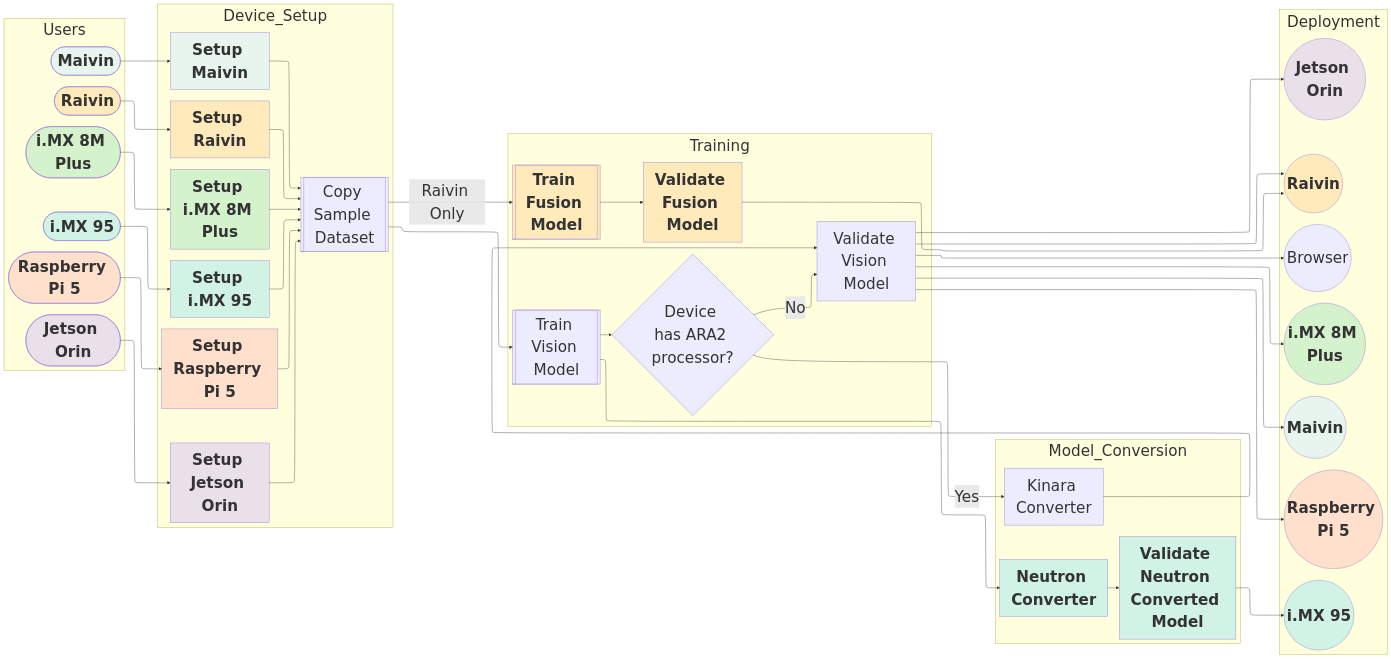
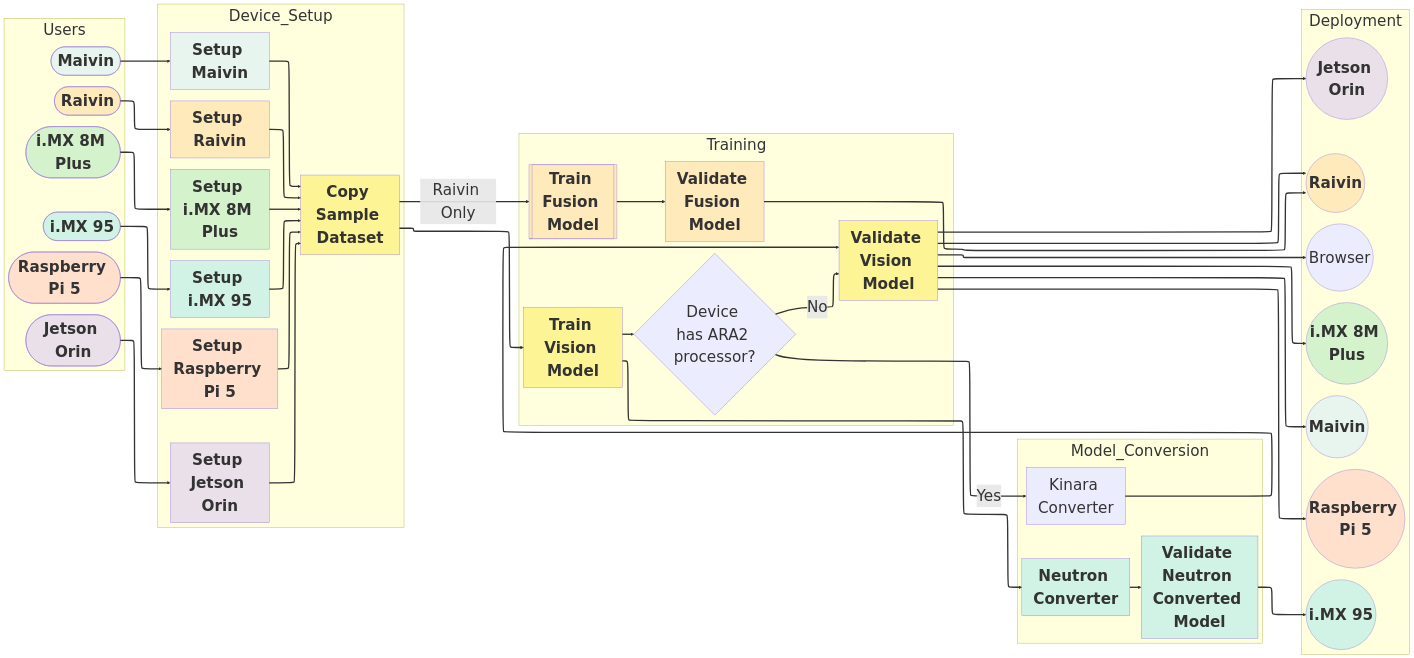
One commit to EdgeFirstAI/documentation changed the diagram in docs/platforms/index.md. Above: the diagram before and after it, drawn with Mermaid. The commit also changed other lines of this file and 12 other files, not shown here.

````diff
--- a/docs/platforms/index.md
+++ b/docs/platforms/index.md
@@ -46,6 +46,7 @@
     classDef purple fill:#d6c1f580,font-weight:bold;
     classDef coral fill:#ffc2bb80,font-weight:bold;
     classDef all fill:#f0e6f580,font-weight:bold;
+    classDef boxes fill:#fce94f80,font-weight:bold;
     classDef invisible fill:transparent,stroke:transparent;
 
     %% ---------- USER GROUP ----------
@@ -93,7 +94,7 @@
     pi_setup[Setup Raspberry Pi 5]:::coral 
     click pi_setup "quickstart/raspberrypi/setup" "Open Raspberry Pi Setup"
 
-    copy_dataset[[Copy Sample Dataset]]
+    copy_dataset[Copy Sample Dataset]:::boxes
     click copy_dataset "../getting_started/copy_dataset" "Copy Public Dataset"
     end
 
@@ -101,11 +102,11 @@
     subgraph Training
     direction TB
     training_pad[" "]:::invisible
-    train_2d[[Train Vision Model]]
+    train_2d[Train Vision Model]:::boxes
     click train_2d "../models/training/vision" "Open Training Vision"
 
     ara2{Device has ARA2 processor?}
-    validate_2d[Validate Vision Model]
+    validate_2d[Validate Vision Model]:::boxes
     click validate_2d "../models/validation/vision/user_managed" "Open Validating Vision"
 
     train_3d[[Train Fusion Model]]:::orange 
@@ -154,42 +155,42 @@
     end
 
     %% ---------- USER → SETUP ----------
-    maivin_user --> maivin_setup
-    raivin_user --> raivin_setup
-    imx8mp_user --> imx8mp_setup
-    imx95_user --> imx95_setup
-    orin_user --> orin_setup
-    pi_user --> pi_setup
+    maivin_user ==> maivin_setup
+    raivin_user ==> raivin_setup
+    imx8mp_user ==> imx8mp_setup
+    imx95_user ==> imx95_setup
+    orin_user ==> orin_setup
+    pi_user ==> pi_setup
 
     %% ---------- SETUP → DATA ----------
-    maivin_setup --> copy_dataset
-    raivin_setup --> copy_dataset
-    imx8mp_setup --> copy_dataset
-    imx95_setup --> copy_dataset
-    orin_setup --> copy_dataset
-    pi_setup --> copy_dataset
+    maivin_setup ==> copy_dataset
+    raivin_setup ==> copy_dataset
+    imx8mp_setup ==> copy_dataset
+    imx95_setup ==> copy_dataset
+    orin_setup ==> copy_dataset
+    pi_setup ==> copy_dataset
 
     %% ---------- CONVERSION ----------
-    train_2d --> neutron_converter --> validate_imx95
-    ara2 -- Yes --> kinara_converter --> validate_2d
-    ara2 -- No --> validate_2d
+    train_2d ==> neutron_converter ==> validate_imx95
+    ara2 == Yes ==> kinara_converter ==> validate_2d
+    ara2 == No ==> validate_2d
 
     %% ---------- CORE PIPELINE ----------
-    copy_dataset --> train_2d
-    train_2d --> ara2
+    copy_dataset ==> train_2d
+    train_2d ==> ara2
 
     %% ---------- 3D PIPELINE ----------
-    copy_dataset -- Raivin Only --> train_3d
-    train_3d --> validate_3d
+    copy_dataset == Raivin Only ==> train_3d
+    train_3d ==> validate_3d
 
     %% ---------- DEPLOYMENT ----------
-    validate_2d --> browser
-    validate_2d --> maivin
-    validate_2d --> imx8mp
-    validate_2d --> orin
-    validate_2d --> pi
-    validate_2d --> raivin
+    validate_2d ==> browser
+    validate_2d ==> maivin
+    validate_2d ==> imx8mp
+    validate_2d ==> orin
+    validate_2d ==> pi
+    validate_2d ==> raivin
 
-    validate_imx95 --> imx95
-    validate_3d --> raivin
+    validate_imx95 ==> imx95
+    validate_3d ==> raivin
 ```
````
